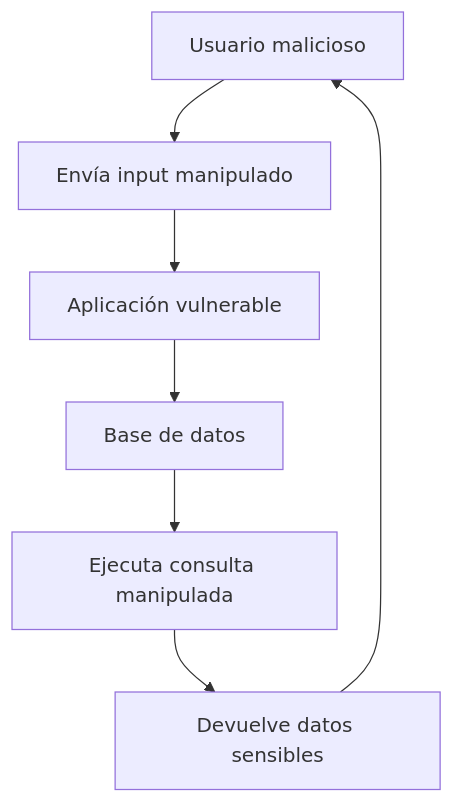
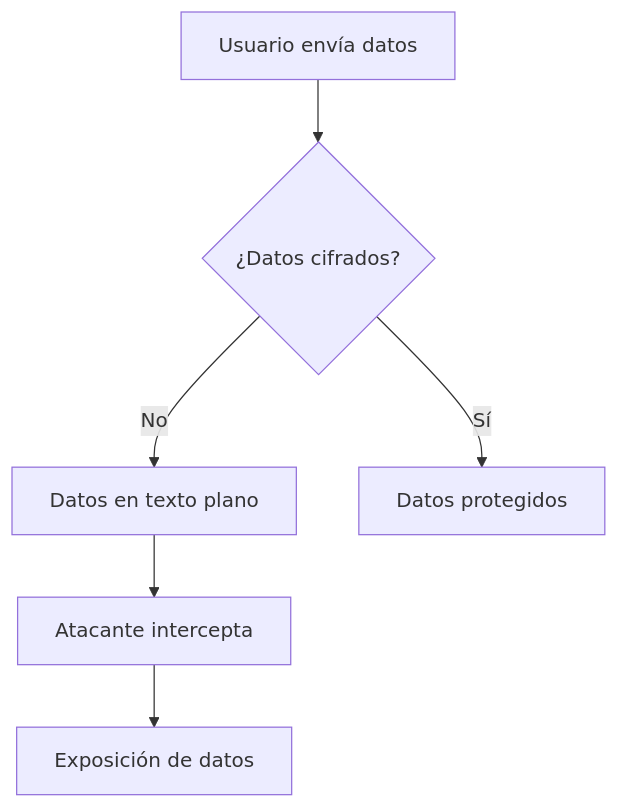
The tenth of 15 diagrams in OWASP/GRUPO X/readme.md (jaiderospina/DevSecOps2026), drawn with Mermaid before and after one commit. The commit also changed other lines of this file, not shown here.

`````diff
--- a/OWASP/GRUPO X/readme.md
+++ b/OWASP/GRUPO X/readme.md
@@ -601,9 +574,8 @@
 ```mermaid
 flowchart TD
-A[Usuario malicioso] --> B[Envía input manipulado]
-B --> C[Aplicación vulnerable]
-C --> D[Base de datos]
-D --> E[Ejecuta consulta manipulada]
-E --> F[Devuelve datos sensibles]
-F --> A
-```
+A[Usuario envía datos] --> B{¿Datos cifrados?}
+B -->|No| C[Datos en texto plano]
+C --> D[Atacante intercepta]
+D --> E[Exposición de datos]
+B -->|Sí| F[Datos protegidos]
+````
`````
